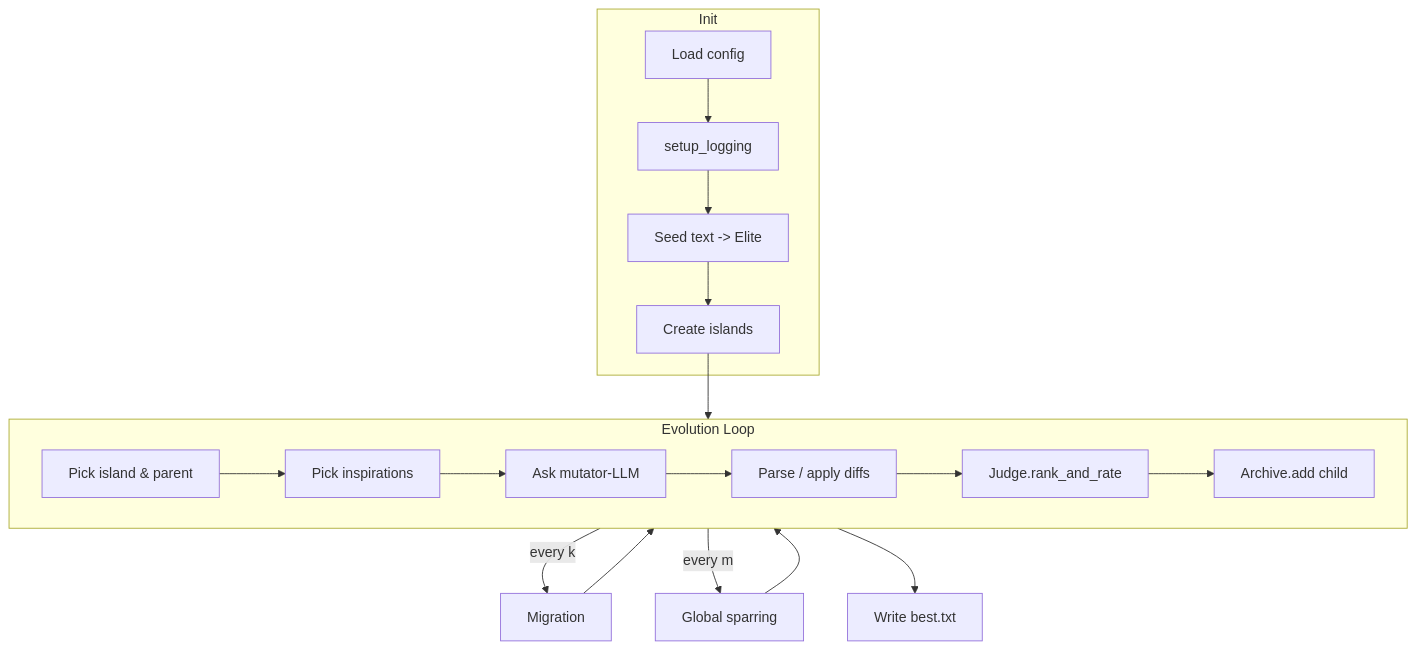
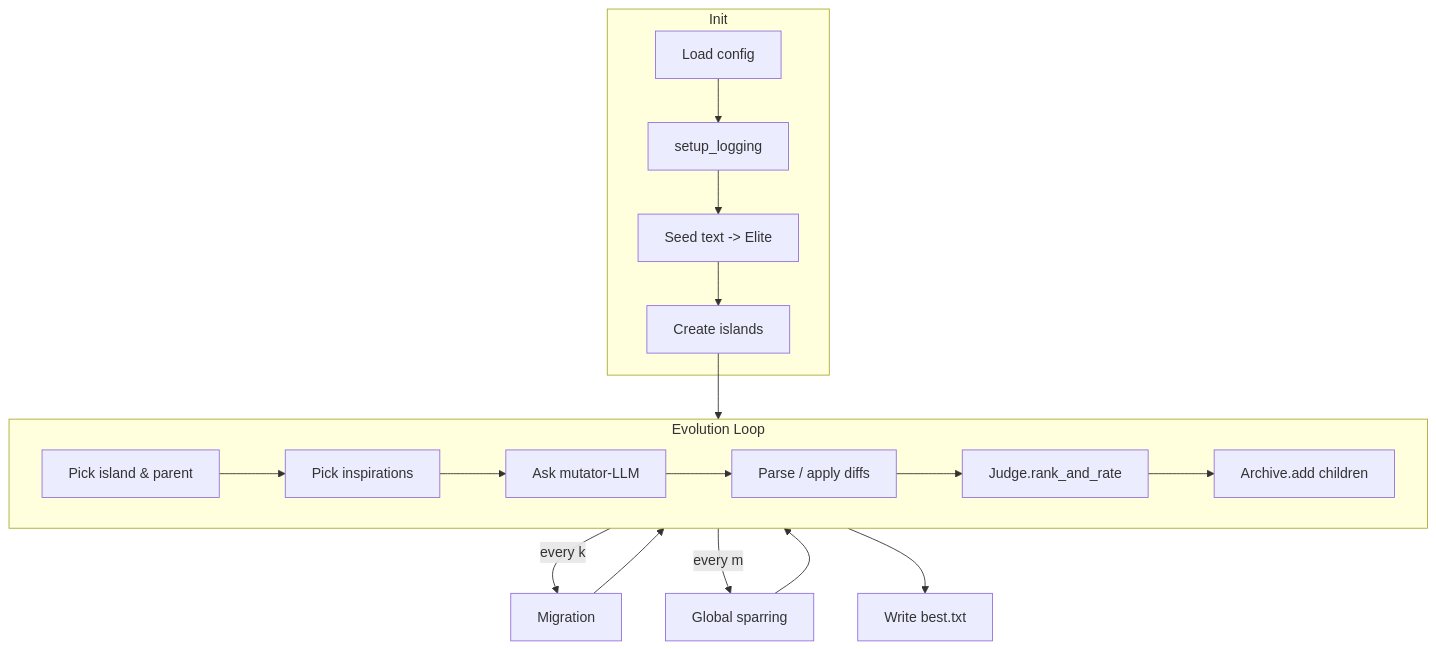
The second of 2 diagrams in README.md (caesarnine/fuzzyevolve), drawn with Mermaid before and after one commit. The commit also changed other lines of this file and 12 other files, not shown here.

````diff
--- a/README.md
+++ b/README.md
@@ -174,23 +176,23 @@
 ```mermaid
 graph TD
     subgraph Init
         A1[Load config] --> A2[setup_logging]
         A2 --> A3[Seed text -> Elite]
         A3 --> A4[Create islands]
     end
     subgraph Loop[Evolution Loop]
         B1[Pick island & parent]
         B2[Pick inspirations]
         B3[Ask mutator‑LLM]
         B4[Parse / apply diffs]
         B5[Judge.rank_and_rate]
-        B6[Archive.add child]
+        B6[Archive.add children]
         B1 --> B2 --> B3 --> B4 --> B5 --> B6
     end
     A4 --> Loop
     Loop -->|every k| Mig[Migration]
     Loop -->|every m| Spar[Global sparring]
     Mig --> Loop
     Spar --> Loop
     Loop --> End[Write best.txt]
 ```
````
